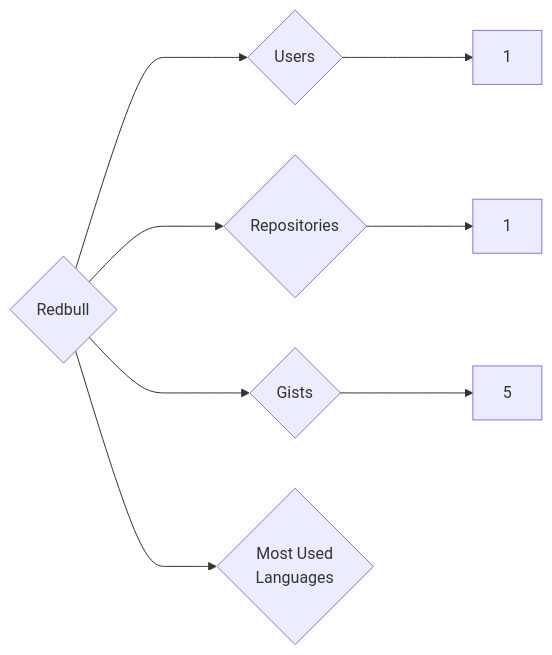
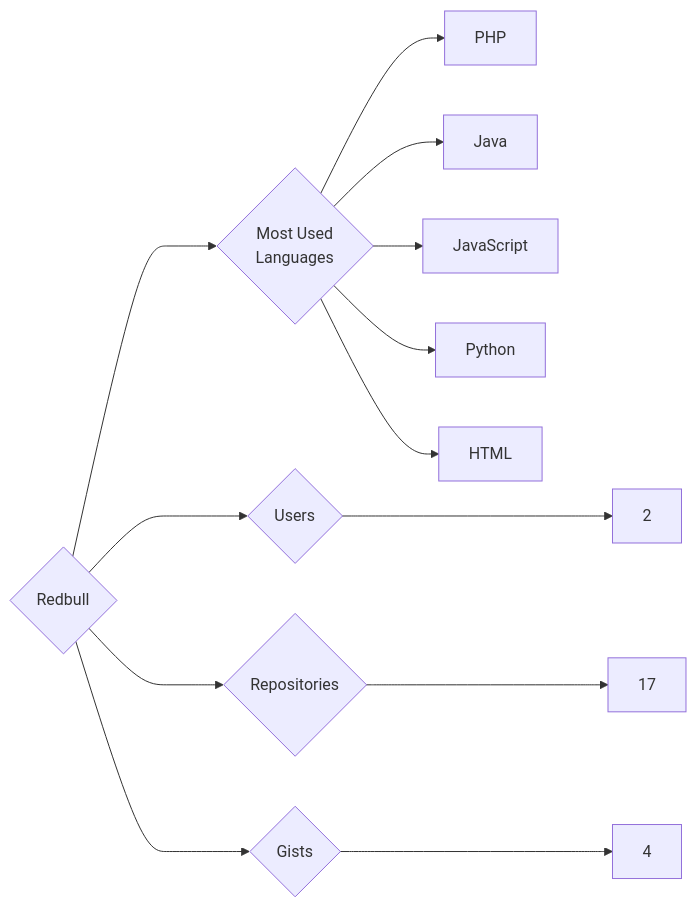
One commit to trickest/insiders changed the diagram in targets/Redbull/README.md. Above: the diagram before and after it, drawn with Mermaid. The commit also changed 748 other files, not shown here.

````diff
--- a/targets/Redbull/README.md
+++ b/targets/Redbull/README.md
@@ -3,8 +3,13 @@
 ```mermaid
 graph LR
 COMPANY_NAME{Redbull}
-COMPANY_NAME ---> U{Users} ---> UN[1]
-COMPANY_NAME ---> R{Repositories} ---> RN[1]
-COMPANY_NAME ---> G{Gists} ---> GN[5]
+COMPANY_NAME ---> U{Users} ---> UN[2]
+COMPANY_NAME ---> R{Repositories} ---> RN[17]
+COMPANY_NAME ---> G{Gists} ---> GN[4]
 COMPANY_NAME ---> ML{Most Used<br>Languages}
+ML --> PHP[PHP]
+ML --> Java[Java]
+ML --> JavaScript[JavaScript]
+ML --> Python[Python]
+ML --> HTML[HTML]
 ```
````
